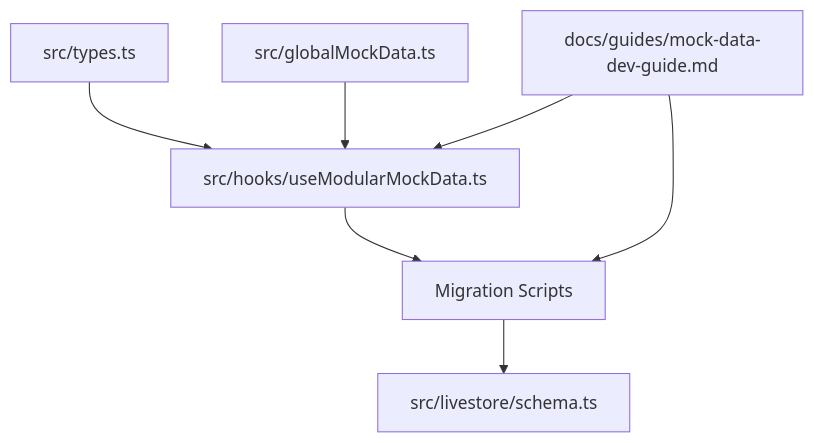
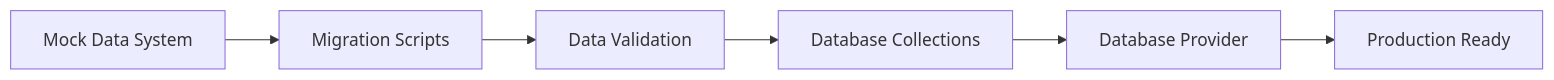
One commit to geniusdynamics/schoolpilot changed the fourth of 4 diagrams in .qoder/repowiki/en/content/Mock Data Dev Guide.md. Above: the diagram before and after it, drawn with Mermaid. The commit also changed other lines of this file and 16 other files, not shown here.

````diff
--- a/.qoder/repowiki/en/content/Mock Data Dev Guide.md
+++ b/.qoder/repowiki/en/content/Mock Data Dev Guide.md
@@ -204,9 +158,8 @@
 ```mermaid
-graph TB
-Types["src/types.ts"] --> Hook["src/hooks/useModularMockData.ts"]
-Global["src/globalMockData.ts"] --> Hook
-Hook --> Scripts["Migration Scripts"]
-Scripts --> Schema["src/livestore/schema.ts"]
-Docs["docs/guides/mock-data-dev-guide.md"] --> Hook
-Docs --> Scripts
+flowchart LR
+MockData["Mock Data System"] --> Migration["Migration Scripts"]
+Migration --> Validation["Data Validation"]
+Validation --> Database["Database Collections"]
+Database --> Provider["Database Provider"]
+Provider --> Production["Production Ready"]
 ```
````
